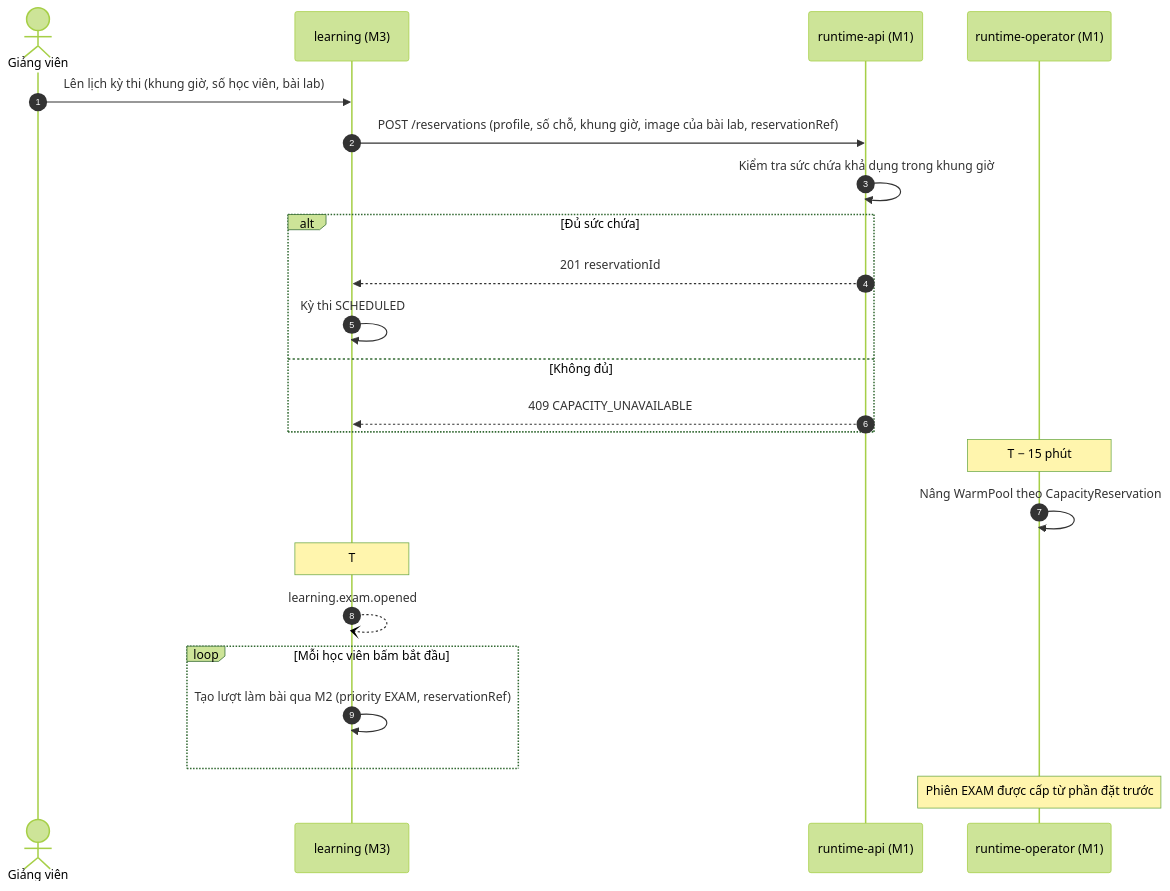
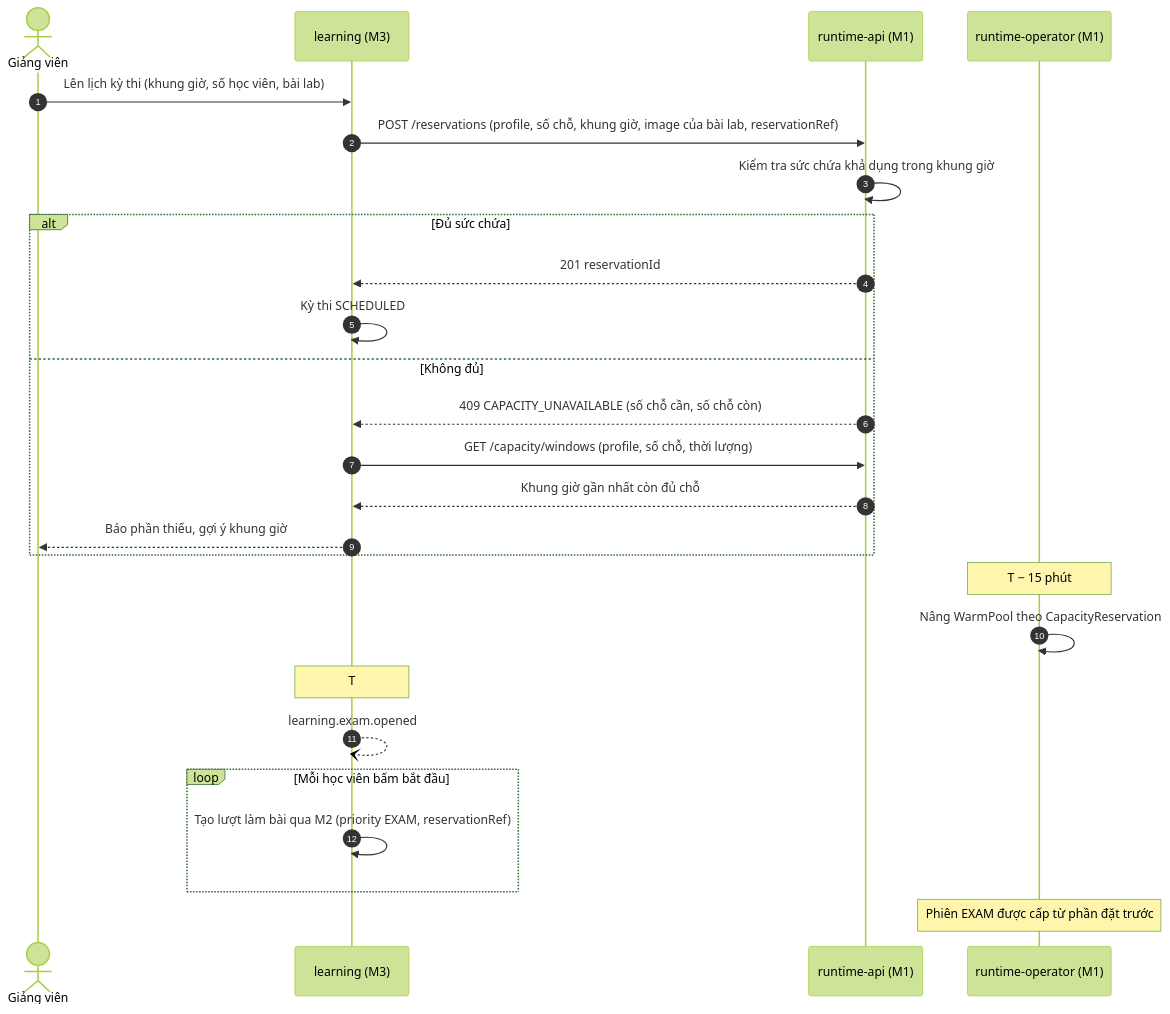
One commit to NhatMinh0311/Crucible changed the ninth of 10 diagrams in docs/02-kien-truc.md. Above: the diagram before and after it, drawn with Mermaid (forest theme). The commit also changed 6 other files, not shown here.

First line of the commit message:
Báo phần thiếu và gợi ý khung giờ khi kỳ thi không đủ chỗ

````diff
--- a/docs/02-kien-truc.md
+++ b/docs/02-kien-truc.md
@@ -307,26 +307,29 @@
 ```mermaid
 sequenceDiagram
     autonumber
     actor I as Giảng viên
     participant L as learning (M3)
     participant R as runtime-api (M1)
     participant O as runtime-operator (M1)
 
     I->>L: Lên lịch kỳ thi (khung giờ, số học viên, bài lab)
     L->>R: POST /reservations (profile, số chỗ, khung giờ, image của bài lab, reservationRef)
     R->>R: Kiểm tra sức chứa khả dụng trong khung giờ
     alt Đủ sức chứa
         R-->>L: 201 reservationId
         L->>L: Kỳ thi SCHEDULED
     else Không đủ
-        R-->>L: 409 CAPACITY_UNAVAILABLE
+        R-->>L: 409 CAPACITY_UNAVAILABLE (số chỗ cần, số chỗ còn)
+        L->>R: GET /capacity/windows (profile, số chỗ, thời lượng)
+        R-->>L: Khung giờ gần nhất còn đủ chỗ
+        L-->>I: Báo phần thiếu, gợi ý khung giờ
     end
     Note over O: T − 15 phút
     O->>O: Nâng WarmPool theo CapacityReservation
     Note over L: T
     L--)L: learning.exam.opened
     loop Mỗi học viên bấm bắt đầu
         L->>L: Tạo lượt làm bài qua M2 (priority EXAM, reservationRef)
     end
     Note over O: Phiên EXAM được cấp từ phần đặt trước
 ```
````
